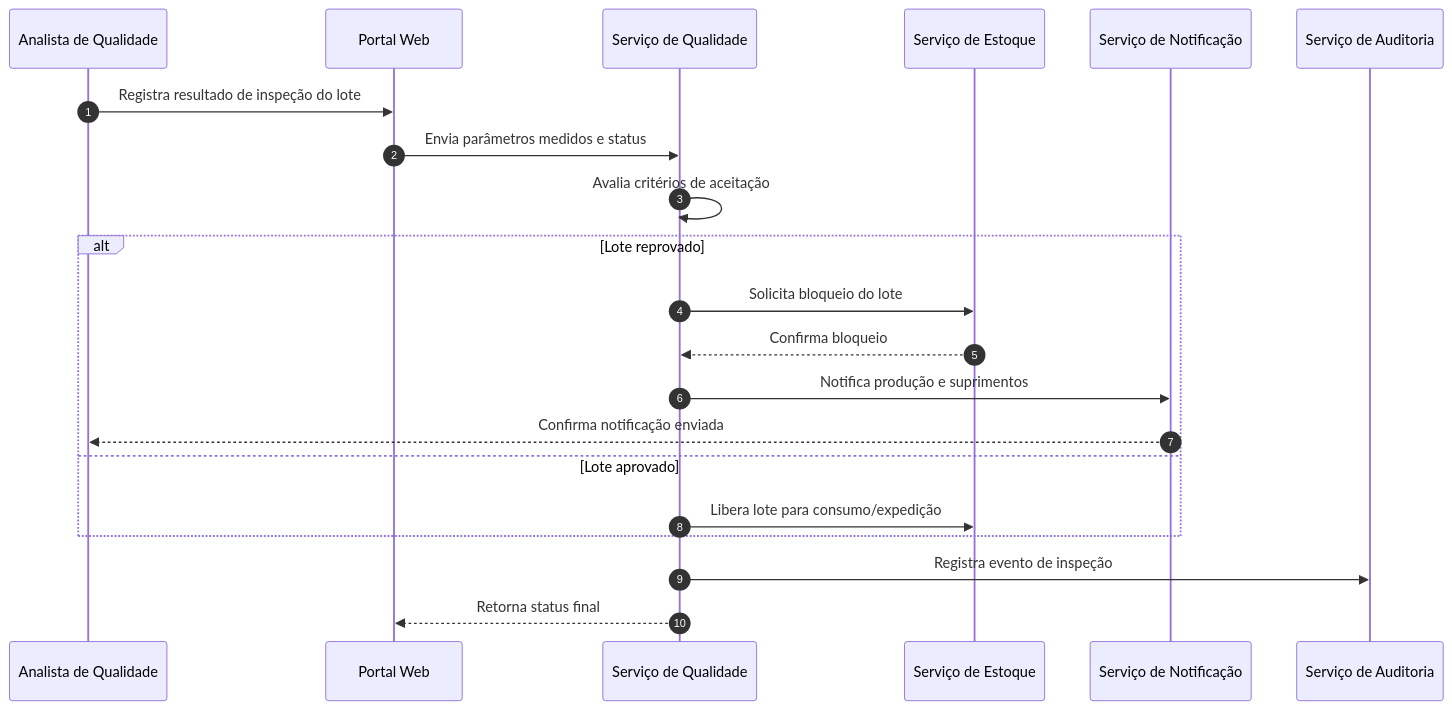
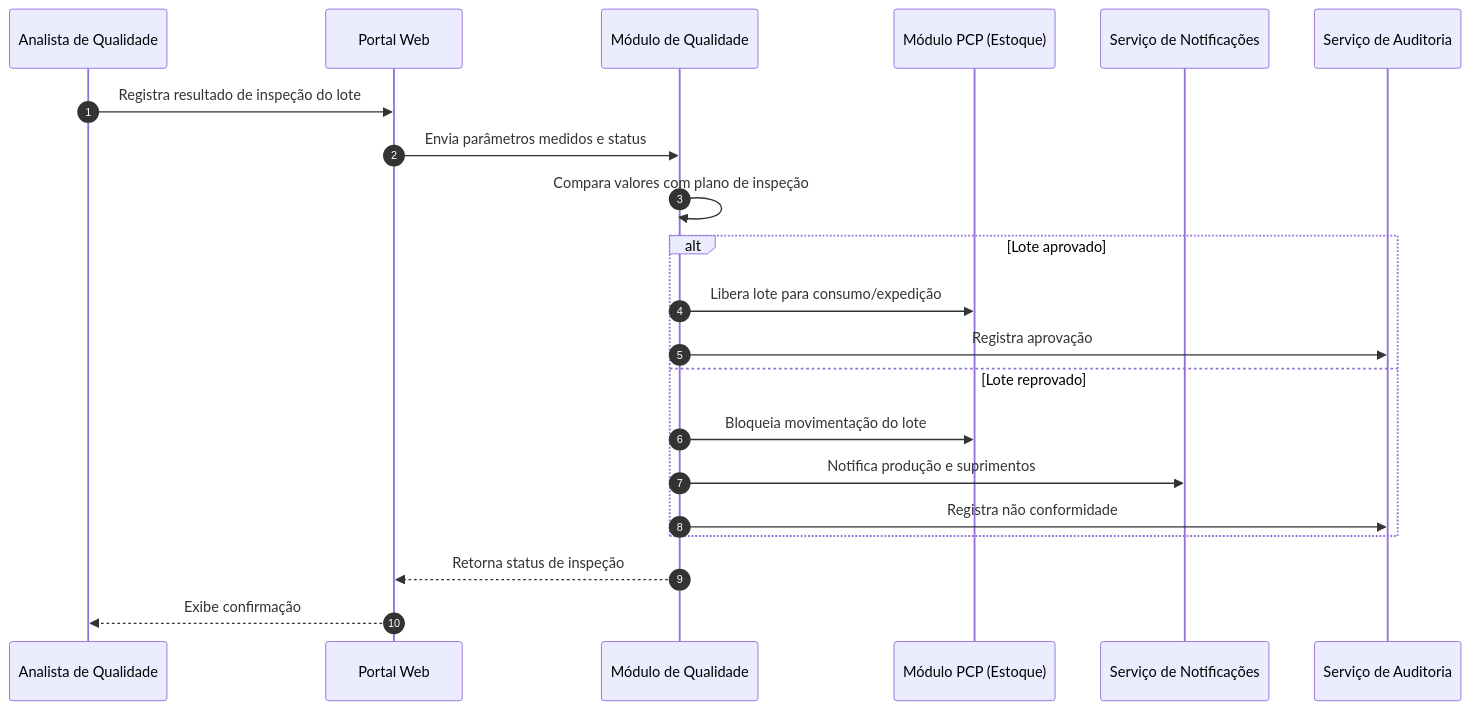
The third of 3 diagrams in docs/Time_2_Design/analise-qualitativa/outputs/relatorio_claude_sonnet_5_G03.md (PDC-ESIA/AI4ES), drawn with Mermaid before and after one commit. The commit also changed other lines of this file and 93 other files, not shown here.

````diff
--- a/docs/Time_2_Design/analise-qualitativa/outputs/relatorio_claude_sonnet_5_G03.md
+++ b/docs/Time_2_Design/analise-qualitativa/outputs/relatorio_claude_sonnet_5_G03.md
@@ -138,24 +153,24 @@
 ```mermaid
 sequenceDiagram
     autonumber
-    participant AQ as Analista de Qualidade
-    participant WEB as Portal Web
-    participant QUAL as Serviço de Qualidade
-    participant EST as Serviço de Estoque
-    participant NOTIF as Serviço de Notificação
-    participant AUDIT as Serviço de Auditoria
+    participant Analista as Analista de Qualidade
+    participant Portal as Portal Web
+    participant Qual as Módulo de Qualidade
+    participant Estoque as Módulo PCP (Estoque)
+    participant Notif as Serviço de Notificações
+    participant Aud as Serviço de Auditoria
 
-    AQ->>WEB: Registra resultado de inspeção do lote
-    WEB->>QUAL: Envia parâmetros medidos e status
-    QUAL->>QUAL: Avalia critérios de aceitação
-    alt Lote reprovado
-        QUAL->>EST: Solicita bloqueio do lote
-        EST-->>QUAL: Confirma bloqueio
-        QUAL->>NOTIF: Notifica produção e suprimentos
-        NOTIF-->>AQ: Confirma notificação enviada
-    else Lote aprovado
-        QUAL->>EST: Libera lote para consumo/expedição
+    Analista->>Portal: Registra resultado de inspeção do lote
+    Portal->>Qual: Envia parâmetros medidos e status
+    Qual->>Qual: Compara valores com plano de inspeção
+    alt Lote aprovado
+        Qual->>Estoque: Libera lote para consumo/expedição
+        Qual->>Aud: Registra aprovação
+    else Lote reprovado
+        Qual->>Estoque: Bloqueia movimentação do lote
+        Qual->>Notif: Notifica produção e suprimentos
+        Qual->>Aud: Registra não conformidade
     end
-    QUAL->>AUDIT: Registra evento de inspeção
-    QUAL-->>WEB: Retorna status final
+    Qual-->>Portal: Retorna status de inspeção
+    Portal-->>Analista: Exibe confirmação
 ```
````
